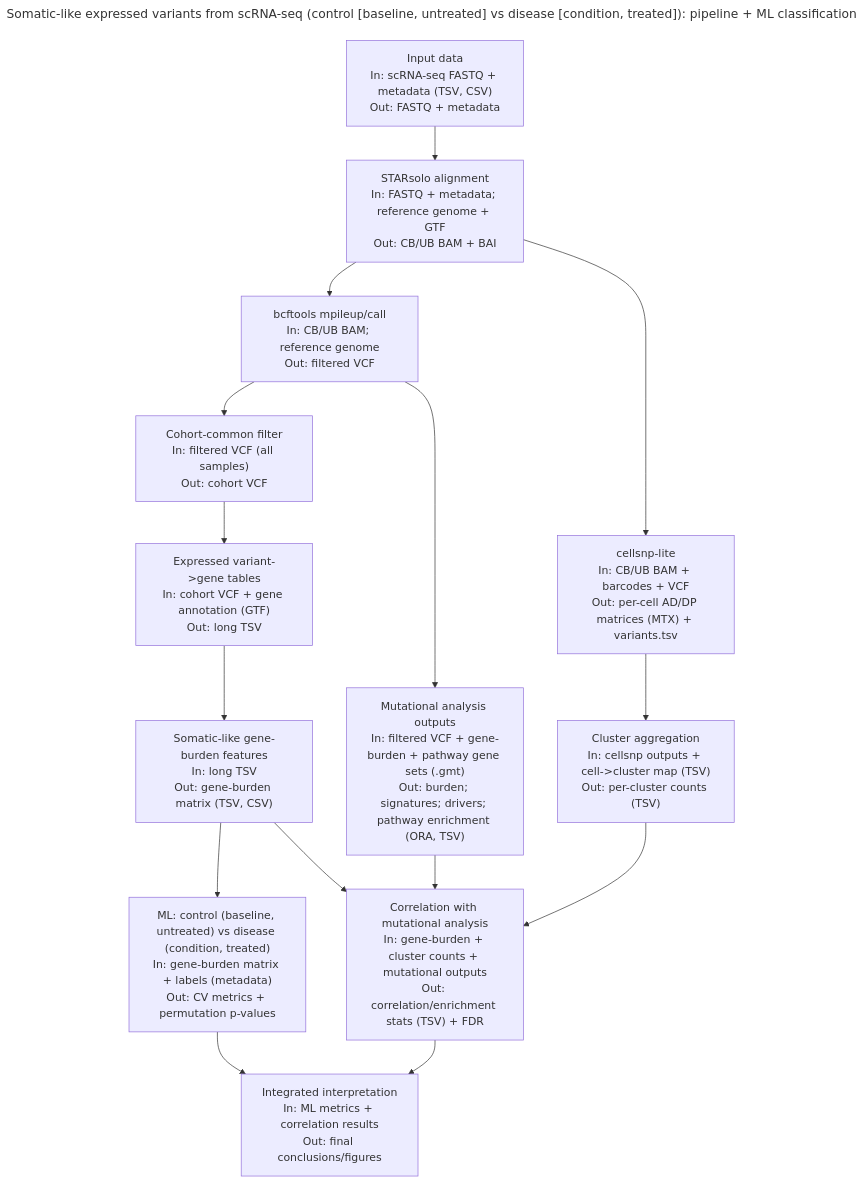
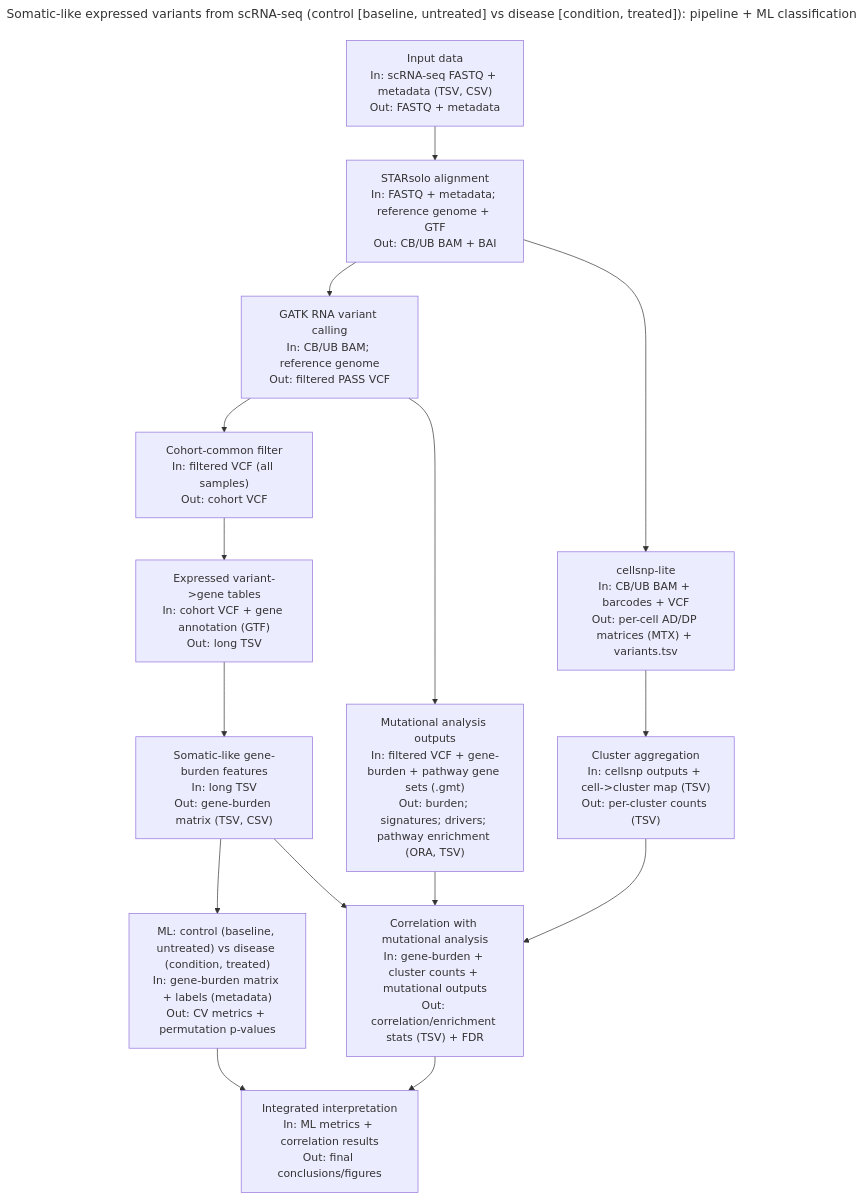
Before and after one commit to dauletulyaidyn/somatic-like-scrna-variants-ml-pipeline: the diagram in WORKFLOW.mmd, drawn with Mermaid. The commit also changed 141 other files, not shown here.

Commit message:
Cut over active variant pipeline to GATK

```diff
--- a/WORKFLOW.mmd
+++ b/WORKFLOW.mmd
@@ -1,22 +1,22 @@
 ---
 title: "Somatic-like expressed variants from scRNA-seq (control [baseline, untreated] vs disease [condition, treated]): pipeline + ML classification"
 author: "Kunikeyev Aidyn"
 doi: ""
 git: ""
 ---
 flowchart TD
 
     A["Input data<br>In: scRNA-seq FASTQ + metadata (TSV, CSV)<br>Out: FASTQ + metadata"] --> B["STARsolo alignment<br>In: FASTQ + metadata; reference genome + GTF<br>Out: CB/UB BAM + BAI"]
-    B --> C["bcftools mpileup/call<br>In: CB/UB BAM; reference genome<br>Out: filtered VCF"]
+    B --> C["GATK RNA variant calling<br>In: CB/UB BAM; reference genome<br>Out: filtered PASS VCF"]
     C --> D["Cohort-common filter<br>In: filtered VCF (all samples)<br>Out: cohort VCF"]
     D --> E["Expressed variant->gene tables<br>In: cohort VCF + gene annotation (GTF)<br>Out: long TSV"]
     E --> F["Somatic-like gene-burden features<br>In: long TSV<br>Out: gene-burden matrix (TSV, CSV)"]
     F --> G["ML: control (baseline, untreated) vs disease (condition, treated)<br>In: gene-burden matrix + labels (metadata)<br>Out: CV metrics + permutation p-values"]
     B --> I["cellsnp-lite<br>In: CB/UB BAM + barcodes + VCF<br>Out: per-cell AD/DP matrices (MTX) + variants.tsv"]
     I --> J["Cluster aggregation<br>In: cellsnp outputs + cell->cluster map (TSV)<br>Out: per-cluster counts (TSV)"]
     F --> H["Correlation with mutational analysis<br>In: gene-burden + cluster counts + mutational outputs<br>Out: correlation/enrichment stats (TSV) + FDR"]
     J --> H
     C --> M["Mutational analysis outputs<br>In: filtered VCF + gene-burden + pathway gene sets (.gmt)<br>Out: burden; signatures; drivers; pathway enrichment (ORA, TSV)"]
     M --> H
     G --> K["Integrated interpretation<br>In: ML metrics + correlation results<br>Out: final conclusions/figures"]
     H --> K
```
